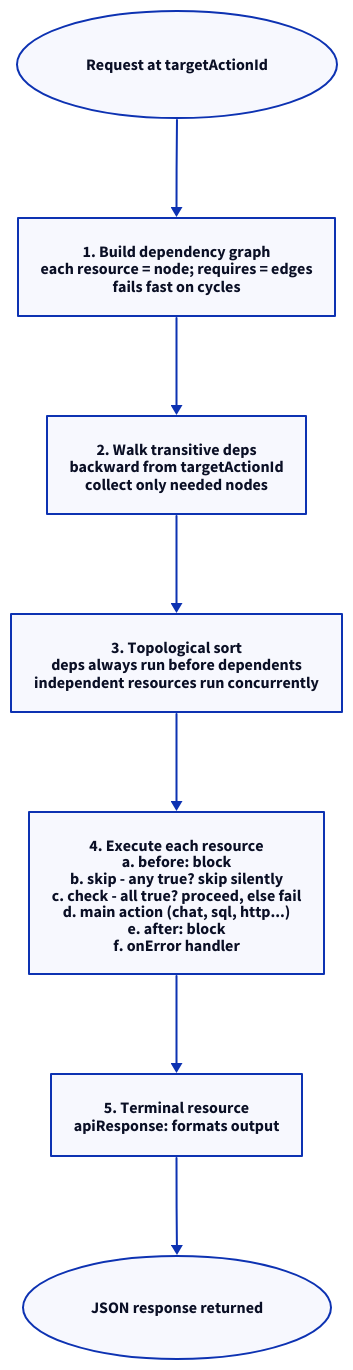
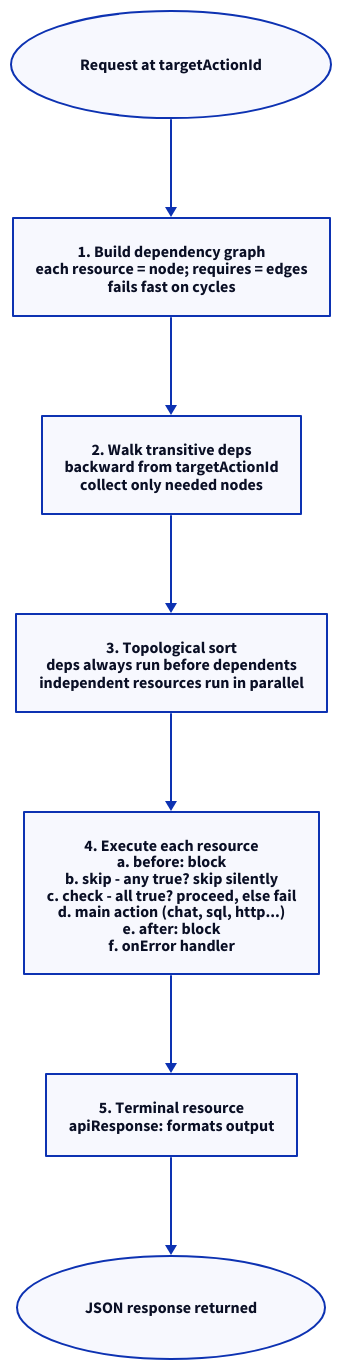
Before and after one commit to kdeps/kdeps: the first of 2 diagrams in docs/v2/workflow/execution-flow.md, drawn with D2. The commit also changed other lines of this file and 20 other files, not shown here.

First line of the commit message:
feat: run independent workflow resources in parallel

````diff
--- a/docs/v2/workflow/execution-flow.md
+++ b/docs/v2/workflow/execution-flow.md
@@ -17,13 +17,13 @@
 ```d2
 direction: down
 
 A: Request at targetActionId {shape: oval}
 B: "1. Build dependency graph\neach resource = node; requires = edges\nfails fast on cycles"
 C: "2. Walk transitive deps\nbackward from targetActionId\ncollect only needed nodes"
-D: "3. Topological sort\ndeps always run before dependents\nindependent resources run concurrently"
+D: "3. Topological sort\ndeps always run before dependents\nindependent resources run in parallel"
 E: "4. Execute each resource\na. before: block\nb. skip - any true? skip silently\nc. check - all true? proceed, else fail\nd. main action (chat, sql, http...)\ne. after: block\nf. onError handler"
 F: "5. Terminal resource\napiResponse: formats output"
 G: JSON response returned {shape: oval}
 
 A -> B -> C -> D -> E -> F -> G
 ```
````
